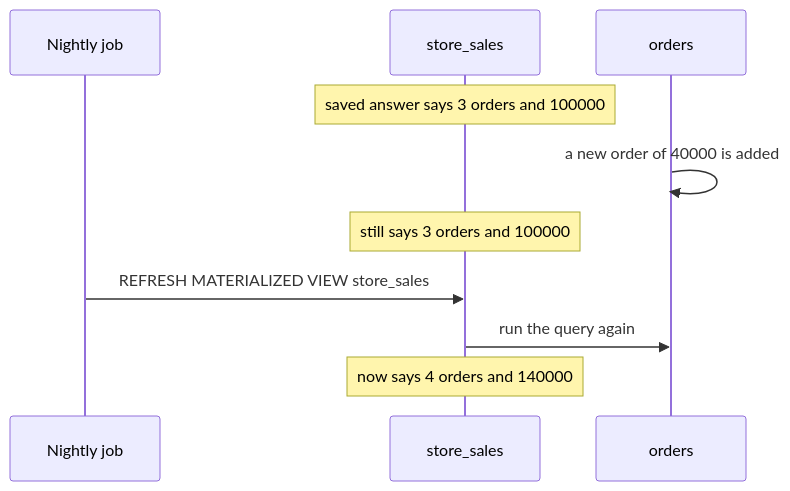
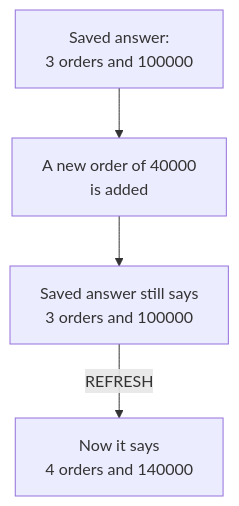
Before and after one commit to starjustice/research-material: the fifth of 5 diagrams in learn/database/07-normalization.md, drawn with Mermaid. The commit also changed other lines of this file, not shown here.

````diff
--- a/learn/database/07-normalization.md
+++ b/learn/database/07-normalization.md
@@ -313,12 +404,6 @@
 ```mermaid
-sequenceDiagram
-    participant Job as Nightly job
-    participant MV as store_sales
-    participant O as orders
-    Note over MV: saved answer says 3 orders and 100000
-    O->>O: a new order of 40000 is added
-    Note over MV: still says 3 orders and 100000
-    Job->>MV: REFRESH MATERIALIZED VIEW store_sales
-    MV->>O: run the query again
-    Note over MV: now says 4 orders and 140000
+graph TB
+    A["Saved answer:<br/>3 orders and 100000"] --> B["A new order of 40000<br/>is added"]
+    B --> C["Saved answer still says<br/>3 orders and 100000"]
+    C -->|REFRESH| D["Now it says<br/>4 orders and 140000"]
 ```
````
